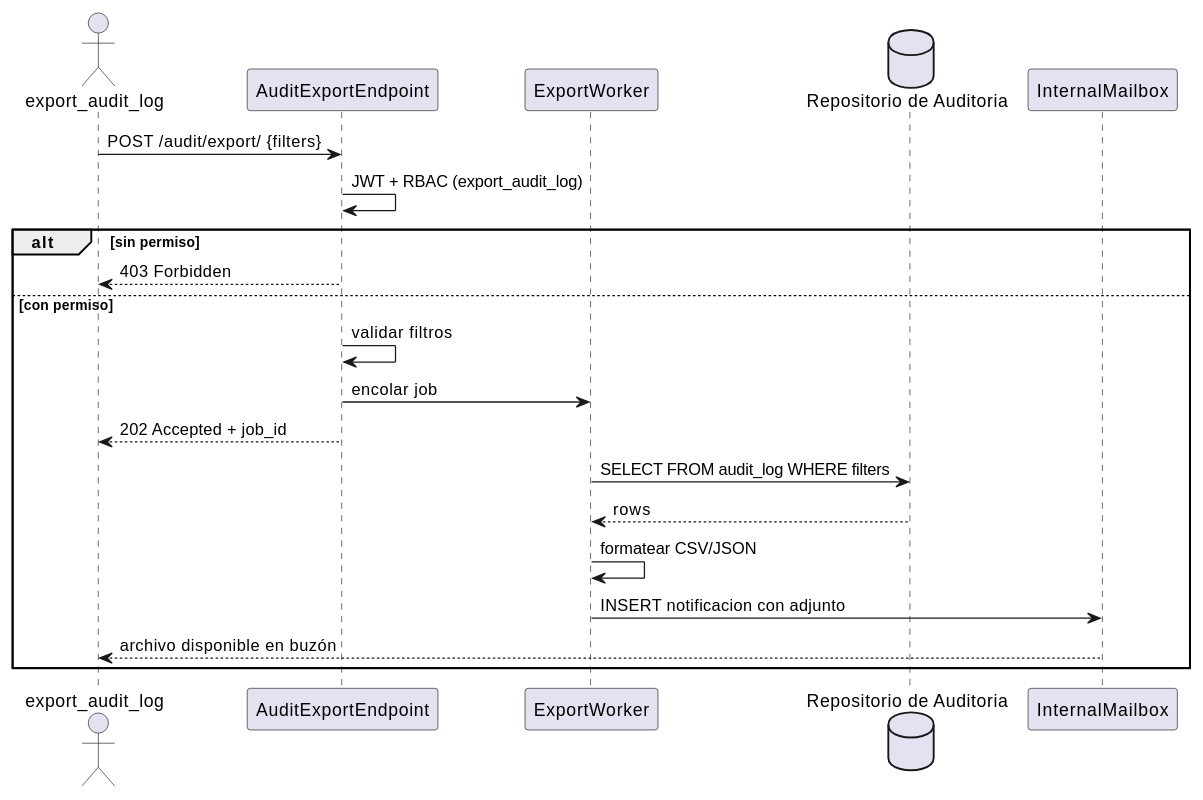
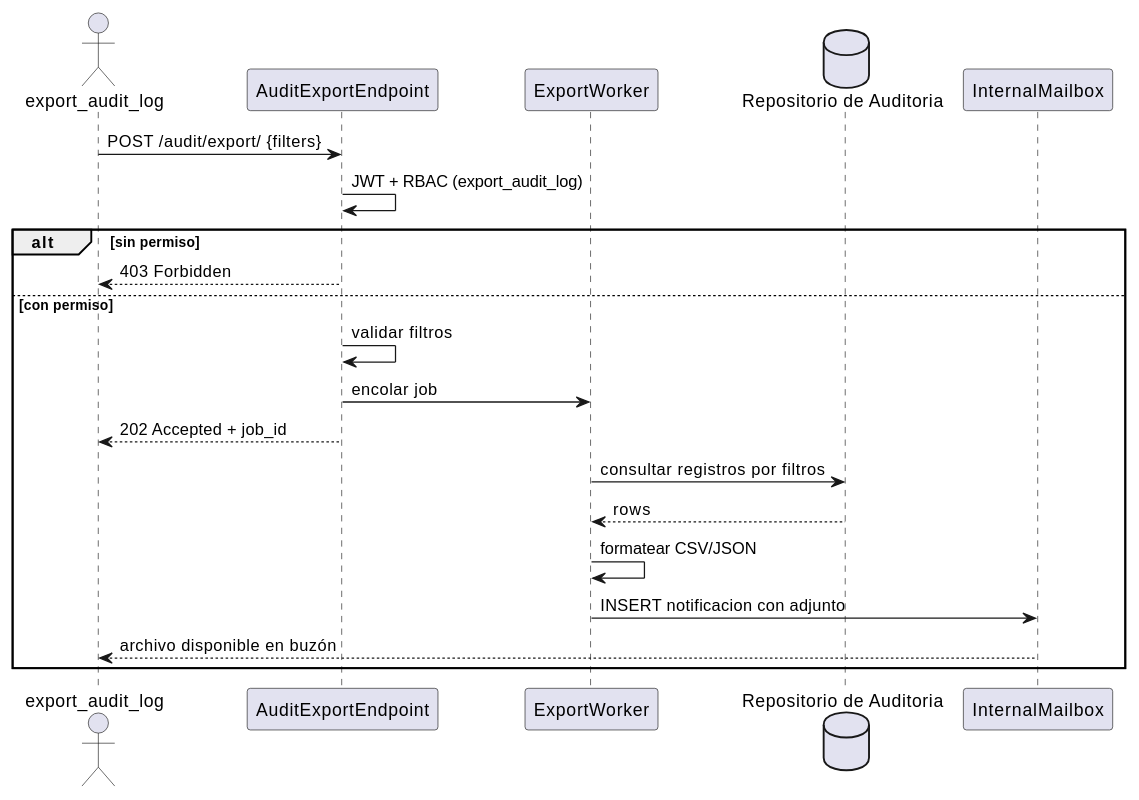
The fourth of 4 diagrams in source/requisitos/casos-uso/audit/uc-aud-03/diagramas-uml.rst (jcg-admin/IACT-docs), drawn with PlantUML before and after one commit. The commit also changed 21 other files, not shown here.

```diff
--- a/source/requisitos/casos-uso/audit/uc-aud-03/diagramas-uml.rst
+++ b/source/requisitos/casos-uso/audit/uc-aud-03/diagramas-uml.rst
@@ -71,24 +71,24 @@
 .. uml::
 
  @startuml
  actor "export_audit_log" as export_audit_log
  participant "AuditExportEndpoint" as Auditexportendpoint
  participant "ExportWorker" as Exportworker
  database "Repositorio de Auditoria" as RepositorioDeAuditoria
  participant "InternalMailbox" as Internalmailbox
 
  export_audit_log -> Auditexportendpoint : POST /audit/export/ {filters}
  Auditexportendpoint -> Auditexportendpoint : JWT + RBAC (export_audit_log)
  alt sin permiso
    Auditexportendpoint --> export_audit_log : 403 Forbidden
  else con permiso
    Auditexportendpoint -> Auditexportendpoint : validar filtros
    Auditexportendpoint -> Exportworker : encolar job
    Auditexportendpoint --> export_audit_log : 202 Accepted + job_id
-   Exportworker -> RepositorioDeAuditoria : SELECT FROM audit_log WHERE filters
+   Exportworker -> RepositorioDeAuditoria : consultar registros por filtros
    RepositorioDeAuditoria --> Exportworker : rows
    Exportworker -> Exportworker : formatear CSV/JSON
    Exportworker -> Internalmailbox : INSERT notificacion con adjunto
    Internalmailbox --> export_audit_log : archivo disponible en buzón
  end
  @enduml
```
